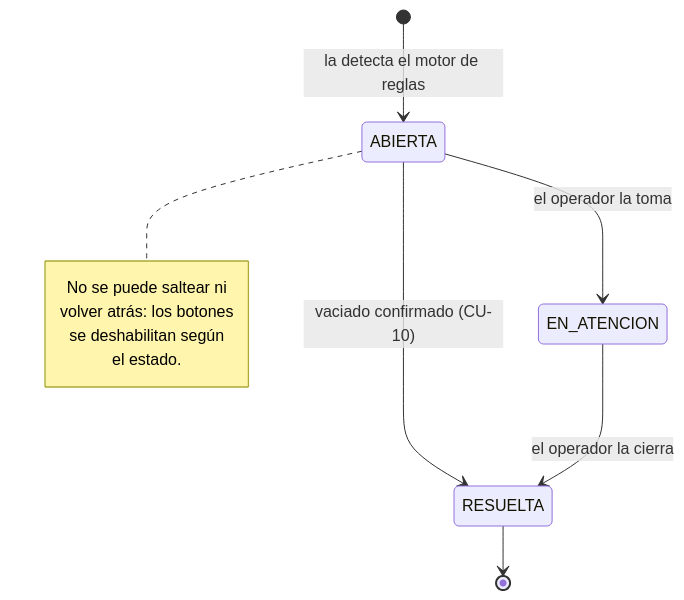
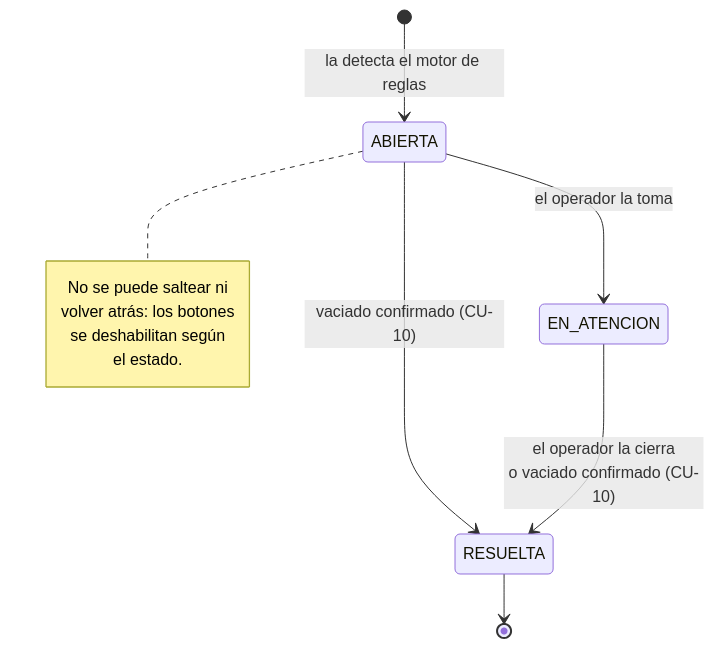
Before and after one commit to ResiduosCityPass/citypass-residuos: the eighth of 10 diagrams in docs/arquitectura/diagramas.md, drawn with Mermaid. The commit also changed other lines of this file and 4 other files, not shown here.

````diff
--- a/docs/arquitectura/diagramas.md
+++ b/docs/arquitectura/diagramas.md
@@ -437,15 +437,15 @@
 ```mermaid
 stateDiagram-v2
     [*] --> ABIERTA: la detecta el motor de reglas
     ABIERTA --> EN_ATENCION: el operador la toma
     ABIERTA --> RESUELTA: vaciado confirmado (CU-10)
-    EN_ATENCION --> RESUELTA: el operador la cierra
+    EN_ATENCION --> RESUELTA: el operador la cierra<br/>o vaciado confirmado (CU-10)
     RESUELTA --> [*]
 
     note right of ABIERTA
         No se puede saltear ni
         volver atrás: los botones
         se deshabilitan según
         el estado.
     end note
 ```
````
